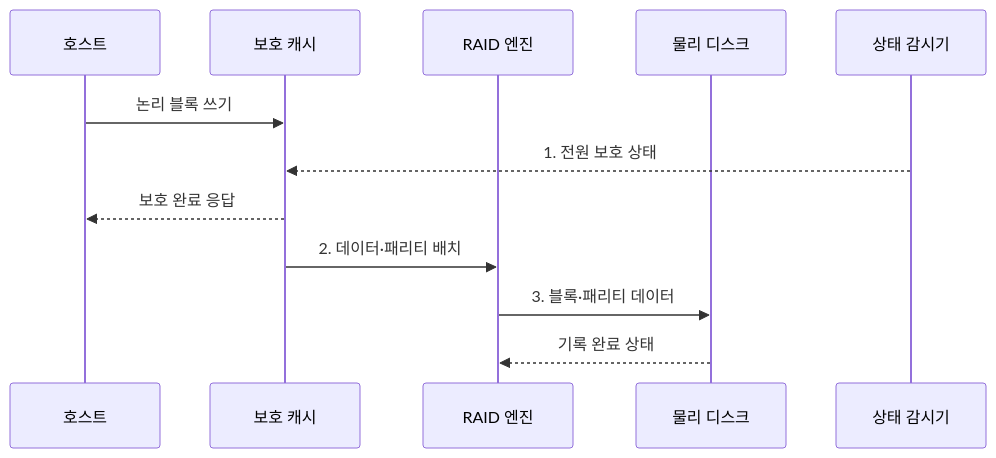
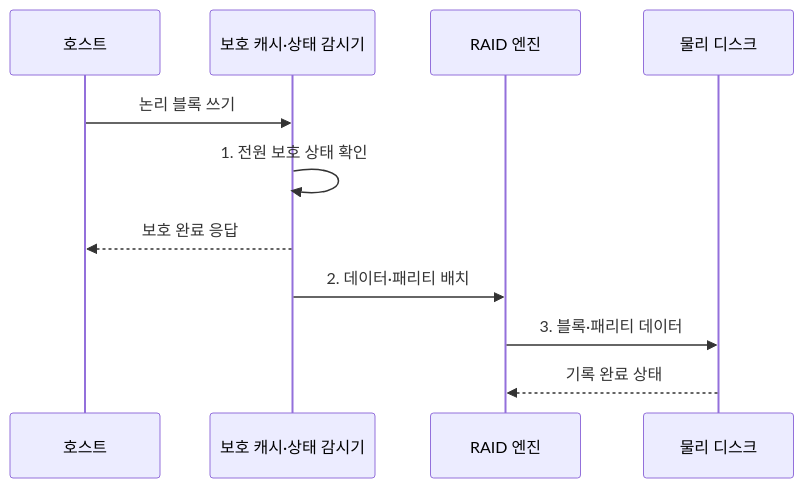
One commit to agnusdei1207/knowledge-base changed the second of 2 diagrams in src/content/docs/notes/02-hardware/092_raid_controller_jbod.md. Above: the diagram before and after it, drawn with Mermaid. The commit also changed other lines of this file and 1 other file, not shown here.

Commit message:
Consolidate interface control roles

````diff
--- a/src/content/docs/notes/02-hardware/092_raid_controller_jbod.md
+++ b/src/content/docs/notes/02-hardware/092_raid_controller_jbod.md
@@ -99,14 +99,13 @@
 ```mermaid
 sequenceDiagram
     participant H as 호스트
-    participant C as 보호 캐시
+    participant C as 보호 캐시·상태 감시기
     participant E as RAID 엔진
     participant D as 물리 디스크
-    participant M as 상태 감시기
     H->>C: 논리 블록 쓰기
-    M-->>C: 1. 전원 보호 상태
+    C->>C: 1. 전원 보호 상태 확인
     C-->>H: 보호 완료 응답
     C->>E: 2. 데이터·패리티 배치
     E->>D: 3. 블록·패리티 데이터
     D-->>E: 기록 완료 상태
 ```
````
